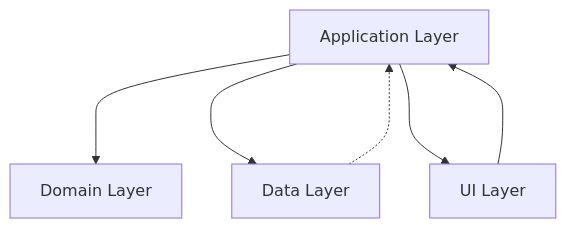
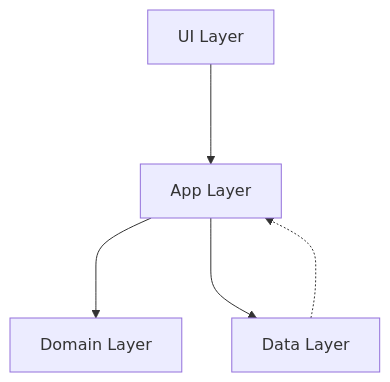
One commit to fgaudo/fridgy changed the diagram in docs/index.md. Above: the diagram before and after it, drawn with Mermaid. The commit also changed other lines of this file, not shown here.

````diff
--- a/docs/index.md
+++ b/docs/index.md
@@ -25,13 +27,12 @@
 ```mermaid
 flowchart TD
-    A[Application Layer]
+    A[App Layer]
     DA[Data Layer]
     U[UI Layer]
     DO[Domain Layer]
 
     A ---> DO
     DA -.-> A
     A ---> DA
     U ---> A
-    A --->  U
 ```
````
